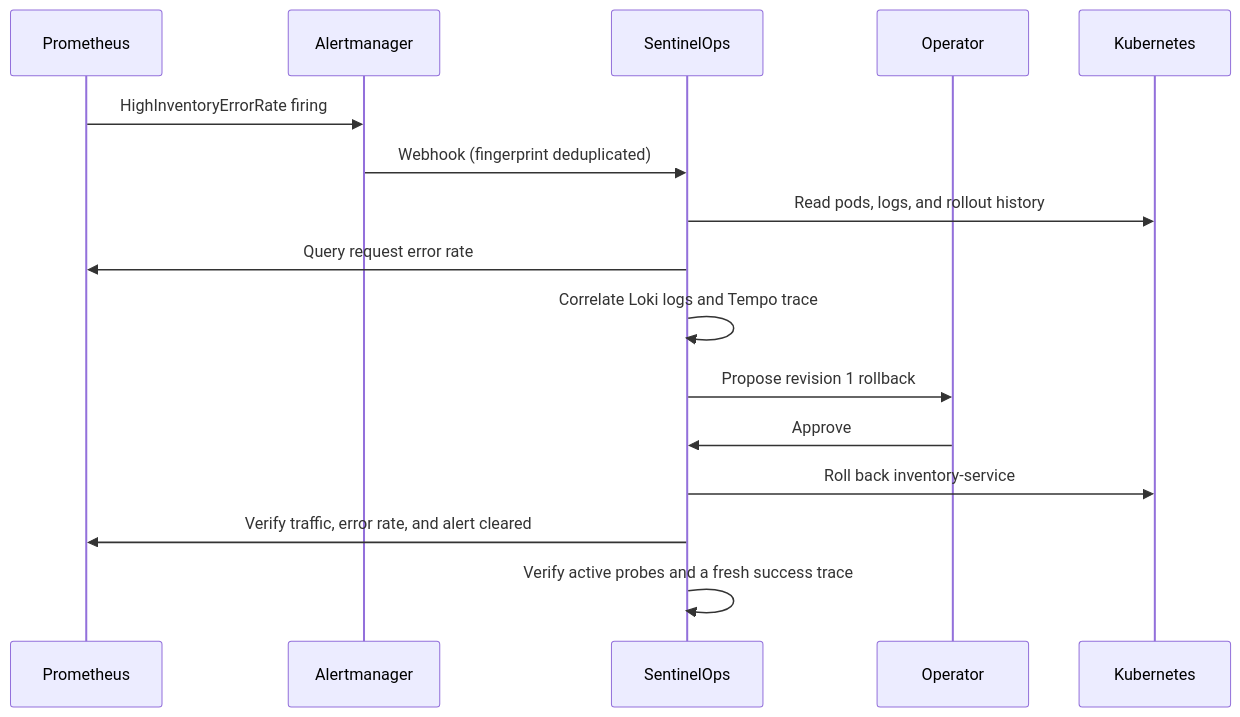
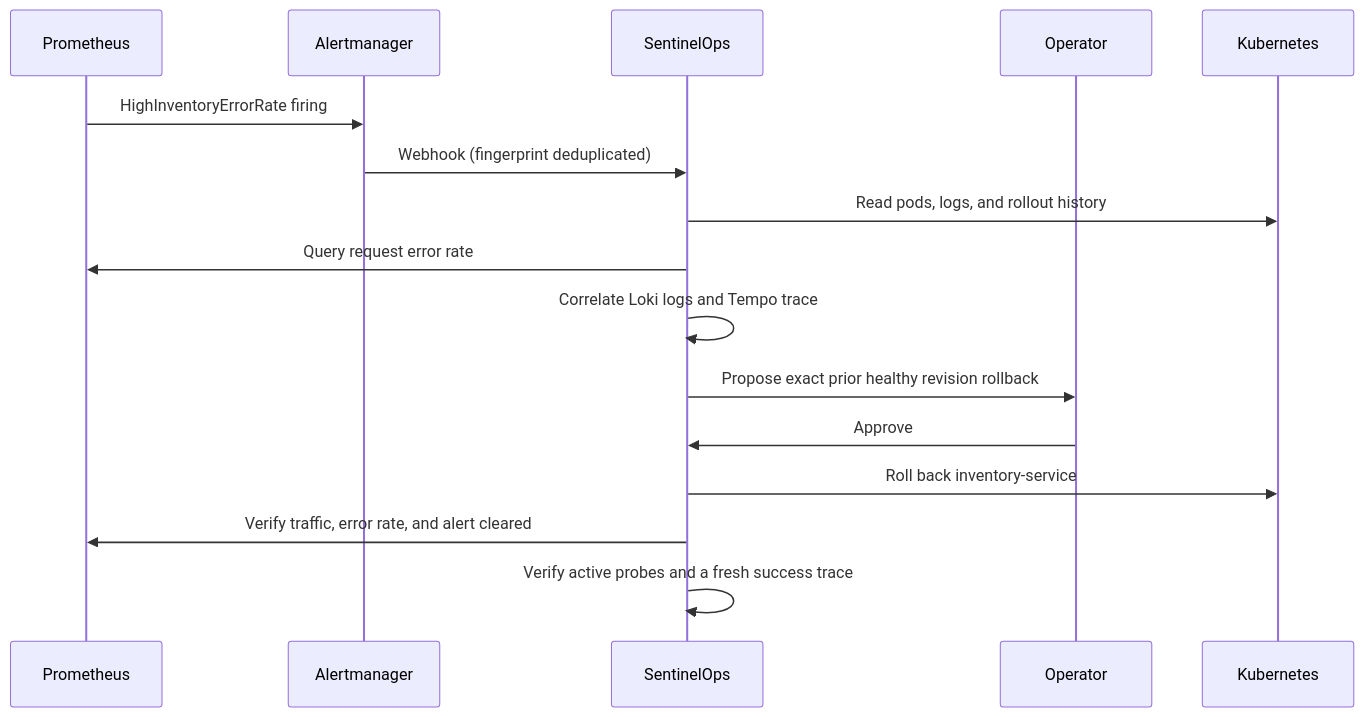
Before and after one commit to q741242673/sentinelops: the second of 2 diagrams in README.md, drawn with Mermaid. The commit also changed 2 other files, not shown here.

Commit message:
make golden path revision aware

````diff
--- a/README.md
+++ b/README.md
@@ -286,18 +286,18 @@
 ```mermaid
 sequenceDiagram
     participant P as Prometheus
     participant M as Alertmanager
     participant A as SentinelOps
     participant O as Operator
     participant K as Kubernetes
     P->>M: HighInventoryErrorRate firing
     M->>A: Webhook (fingerprint deduplicated)
     A->>K: Read pods, logs, and rollout history
     A->>P: Query request error rate
     A->>A: Correlate Loki logs and Tempo trace
-    A->>O: Propose revision 1 rollback
+    A->>O: Propose exact prior healthy revision rollback
     O->>A: Approve
     A->>K: Roll back inventory-service
     A->>P: Verify traffic, error rate, and alert cleared
     A->>A: Verify active probes and a fresh success trace
 ```
````
